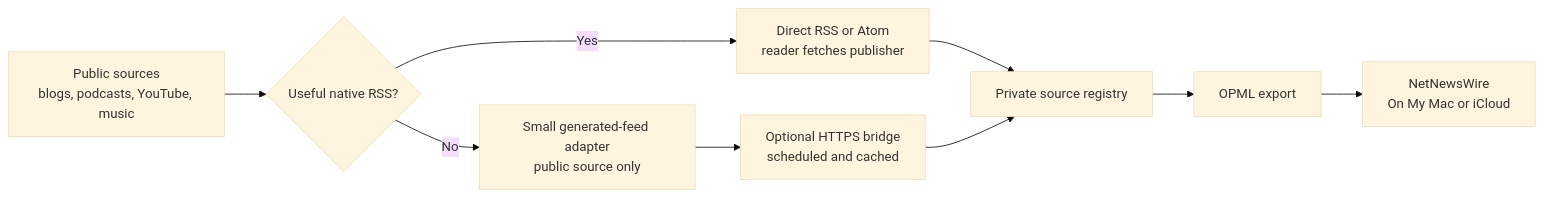
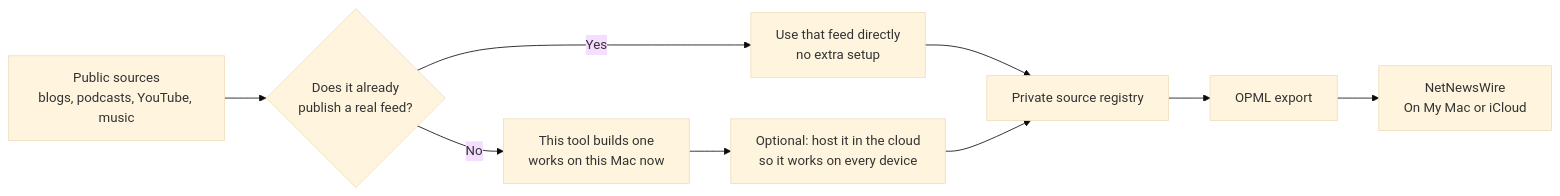
Before and after one commit to spkerber/netnewswire-feed-booster: the first of 2 diagrams in README.md, drawn with Mermaid (base theme). The commit also changed other lines of this file and 31 other files, not shown here.

````diff
--- a/README.md
+++ b/README.md
@@ -13,11 +13,11 @@
 ```mermaid
 flowchart LR
-    A["Public sources\nblogs, podcasts, YouTube, music"] --> B{"Useful native RSS?"}
-    B -->|"Yes"| C["Direct RSS or Atom\nreader fetches publisher"]
-    B -->|"No"| D["Small generated-feed adapter\npublic source only"]
-    D --> E["Optional HTTPS bridge\nscheduled and cached"]
+    A["Public sources\nblogs, podcasts, YouTube, music"] --> B{"Does it already\npublish a real feed?"}
+    B -->|"Yes"| C["Use that feed directly\nno extra setup"]
+    B -->|"No"| D["This tool builds one\nworks on this Mac now"]
+    D --> E["Optional: host it in the cloud\nso it works on every device"]
     C --> F["Private source registry"]
     E --> F
     F --> G["OPML export"]
     G --> H["NetNewsWire\nOn My Mac or iCloud"]
 ```
````
